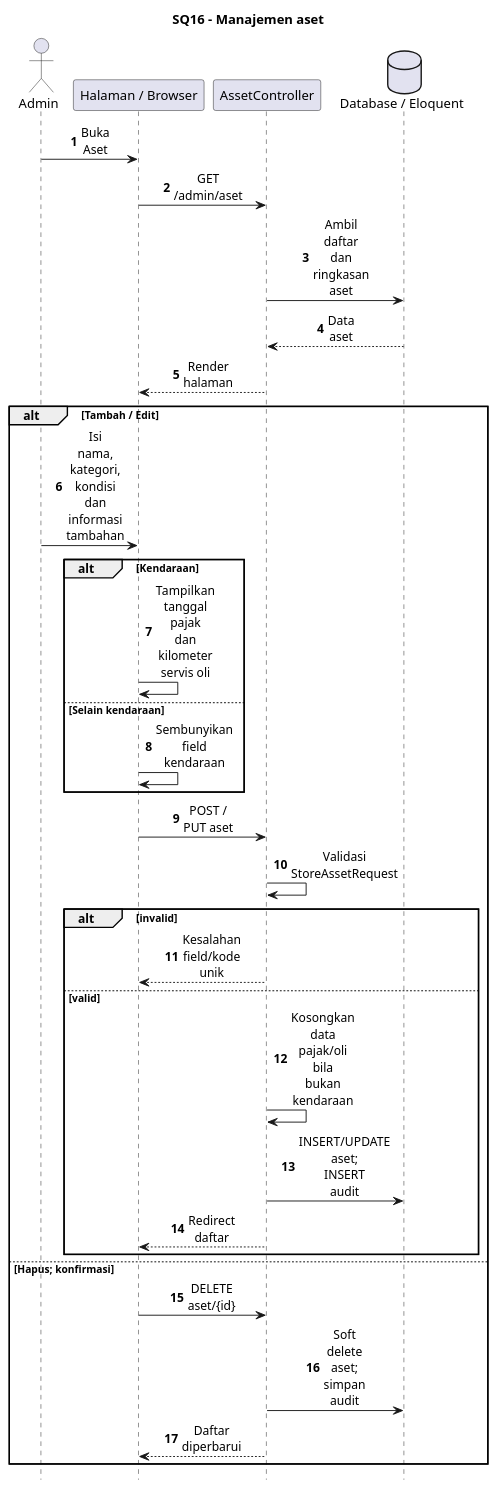
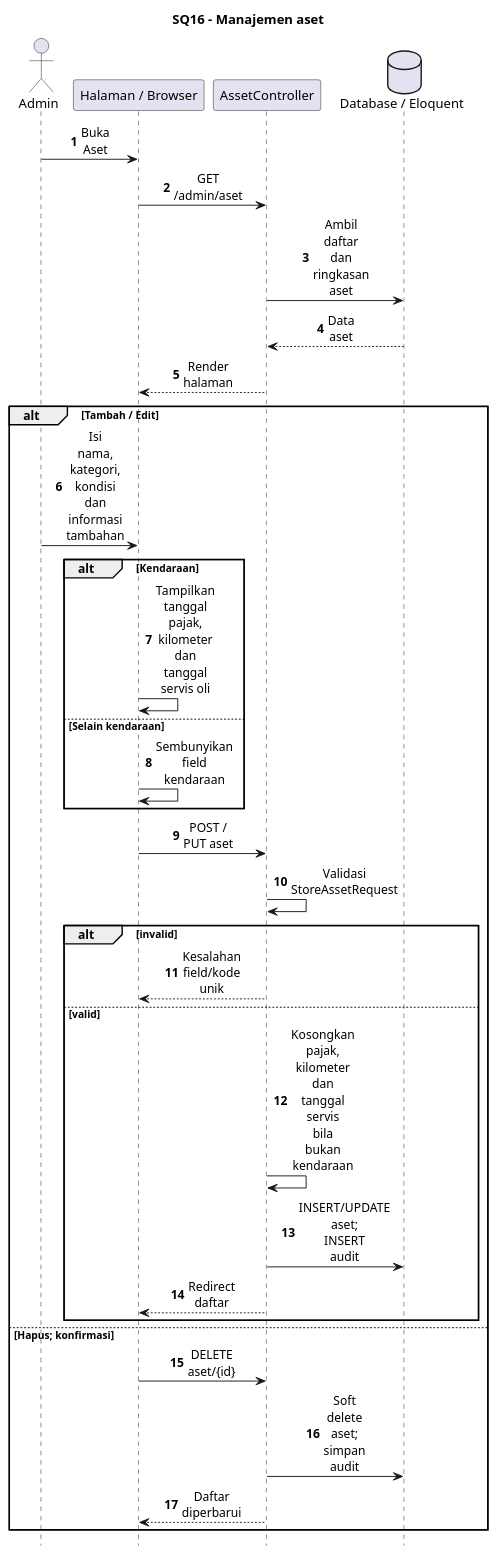
Diagram 16 of 21 in docs/SIPRAJA-sequence.puml (Samuel-smr/Satpolpp), drawn with PlantUML before and after one commit. The commit also changed other lines of this file and 8 other files, not shown here.

Commit message:
Selaraskan diagram dengan implementasi sistem

```diff
--- a/docs/SIPRAJA-sequence.puml
+++ b/docs/SIPRAJA-sequence.puml
@@ -593,38 +593,38 @@
 @startuml SQ16
 title SQ16 - Manajemen aset
 hide footbox
 skinparam shadowing false
 skinparam sequenceMessageAlign center
 skinparam maxMessageSize 55
 autonumber
 actor "Admin" as A
 participant "Halaman / Browser" as B
 participant "AssetController" as C
 database "Database / Eloquent" as D
 A -> B : Buka Aset
 B -> C : GET /admin/aset
 C -> D : Ambil daftar dan ringkasan aset
 D --> C : Data aset
 C --> B : Render halaman
 alt Tambah / Edit
 A -> B : Isi nama, kategori, kondisi dan informasi tambahan
 alt Kendaraan
-B -> B : Tampilkan tanggal pajak dan kilometer servis oli
+B -> B : Tampilkan tanggal pajak, kilometer dan tanggal servis oli
 else Selain kendaraan
 B -> B : Sembunyikan field kendaraan
 end
 B -> C : POST / PUT aset
 C -> C : Validasi StoreAssetRequest
 alt invalid
 C --> B : Kesalahan field/kode unik
 else valid
-C -> C : Kosongkan data pajak/oli bila bukan kendaraan
+C -> C : Kosongkan pajak, kilometer dan tanggal servis bila bukan kendaraan
 C -> D : INSERT/UPDATE aset; INSERT audit
 C --> B : Redirect daftar
 end
 else Hapus; konfirmasi
 B -> C : DELETE aset/{id}
 C -> D : Soft delete aset; simpan audit
 C --> B : Daftar diperbarui
 end
 @enduml
```
